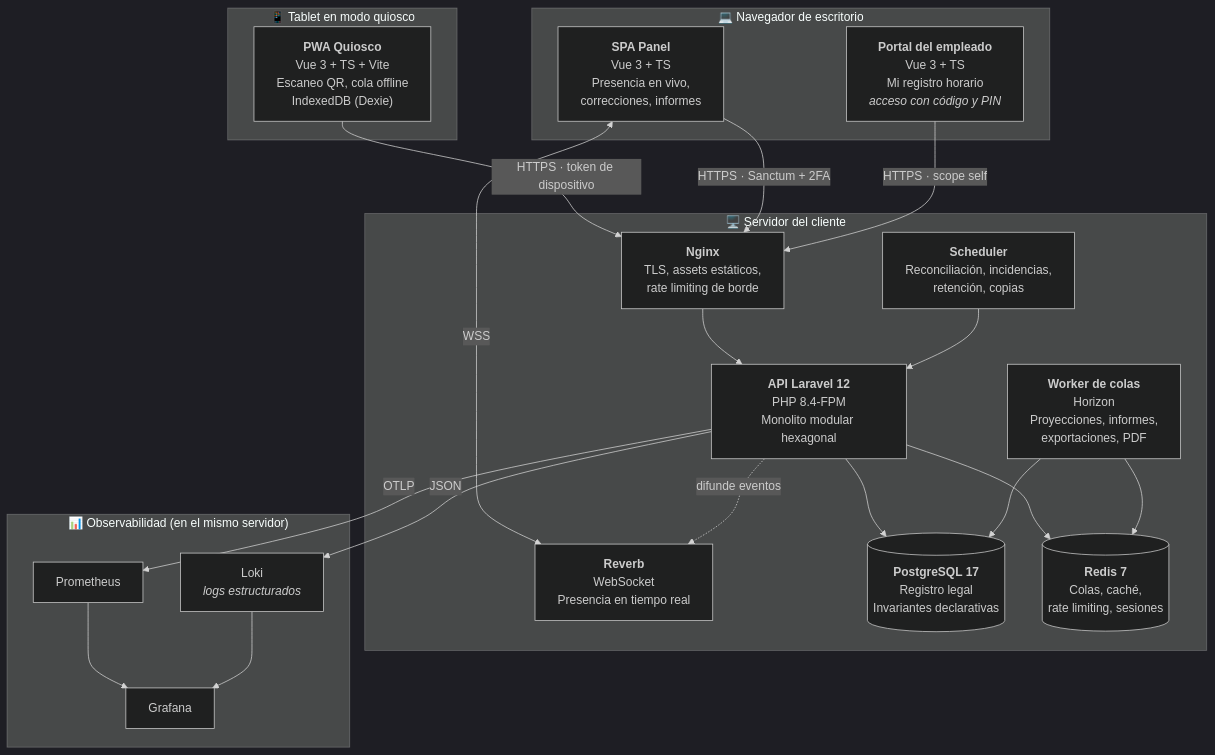
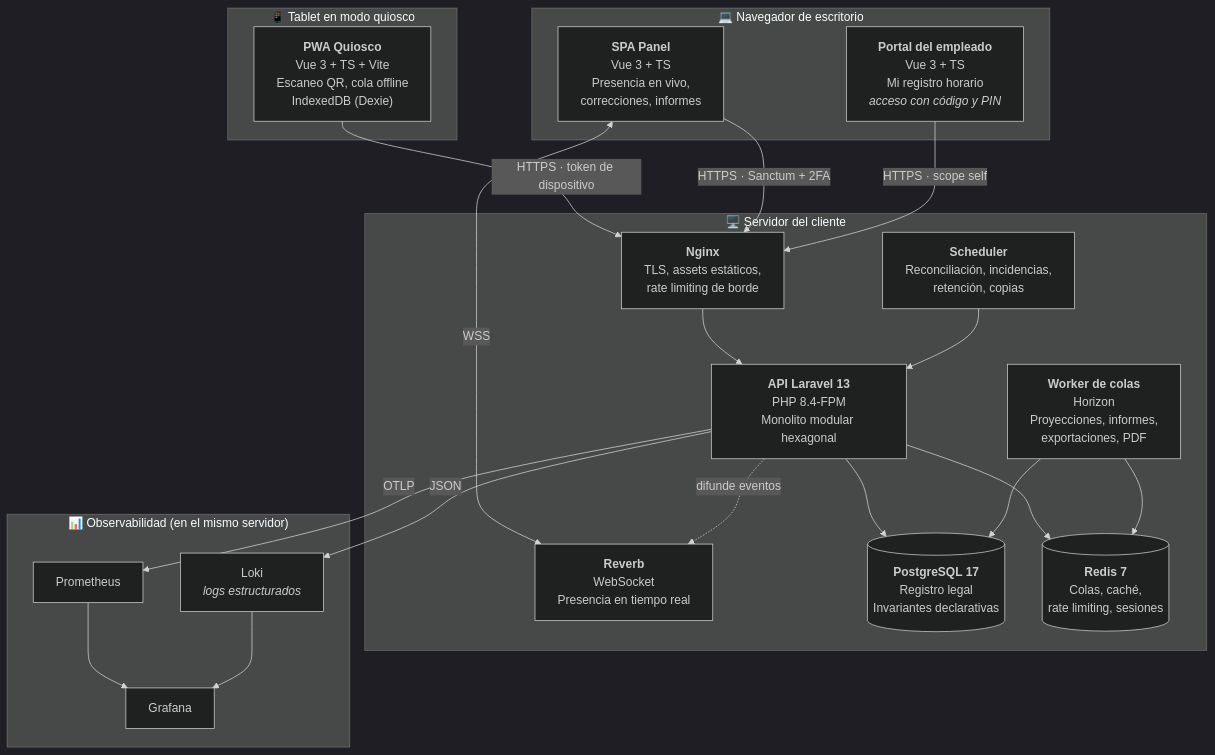
The second of 6 diagrams in docs/02-stack-tecnologico-y-plan-implementacion.md (BorjaPeonSaiz/KronoQR), drawn with Mermaid (dark theme) before and after one commit. The commit also changed other lines of this file and 10 other files, not shown here.

````diff
--- a/docs/02-stack-tecnologico-y-plan-implementacion.md
+++ b/docs/02-stack-tecnologico-y-plan-implementacion.md
@@ -73,43 +73,43 @@
 ```mermaid
 graph TB
     subgraph TABLET["📱 Tablet en modo quiosco"]
         PWA["<b>PWA Quiosco</b><br/>Vue 3 + TS + Vite<br/>Escaneo QR, cola offline<br/>IndexedDB (Dexie)"]
     end
 
     subgraph DESK["💻 Navegador de escritorio"]
         ADMIN["<b>SPA Panel</b><br/>Vue 3 + TS<br/>Presencia en vivo,<br/>correcciones, informes"]
         PORTAL["<b>Portal del empleado</b><br/>Vue 3 + TS<br/>Mi registro horario<br/><i>acceso con código y PIN</i>"]
     end
 
     subgraph SERVER["🖥️ Servidor del cliente"]
         NGINX["<b>Nginx</b><br/>TLS, assets estáticos,<br/>rate limiting de borde"]
-        API["<b>API Laravel 12</b><br/>PHP 8.4-FPM<br/>Monolito modular hexagonal"]
+        API["<b>API Laravel 13</b><br/>PHP 8.4-FPM<br/>Monolito modular hexagonal"]
         WORKER["<b>Worker de colas</b><br/>Horizon<br/>Proyecciones, informes,<br/>exportaciones, PDF"]
         SCHED["<b>Scheduler</b><br/>Reconciliación, incidencias,<br/>retención, copias"]
         WS["<b>Reverb</b><br/>WebSocket<br/>Presencia en tiempo real"]
         PG[("<b>PostgreSQL 17</b><br/>Registro legal<br/>Invariantes declarativas")]
         REDIS[("<b>Redis 7</b><br/>Colas, caché,<br/>rate limiting, sesiones")]
     end
 
     subgraph OBS["📊 Observabilidad (en el mismo servidor)"]
         PROM["Prometheus"]
         GRAF["Grafana"]
         LOKI["Loki<br/><i>logs estructurados</i>"]
     end
 
     PWA -->|HTTPS · token de dispositivo| NGINX
     ADMIN -->|HTTPS · Sanctum + 2FA| NGINX
     PORTAL -->|HTTPS · scope self| NGINX
     ADMIN <-->|WSS| WS
     NGINX --> API
     API --> PG
     API --> REDIS
     API -.->|difunde eventos| WS
     WORKER --> PG
     WORKER --> REDIS
     SCHED --> API
     API -->|OTLP| PROM
     API -->|JSON| LOKI
     PROM --> GRAF
     LOKI --> GRAF
 ```
````
